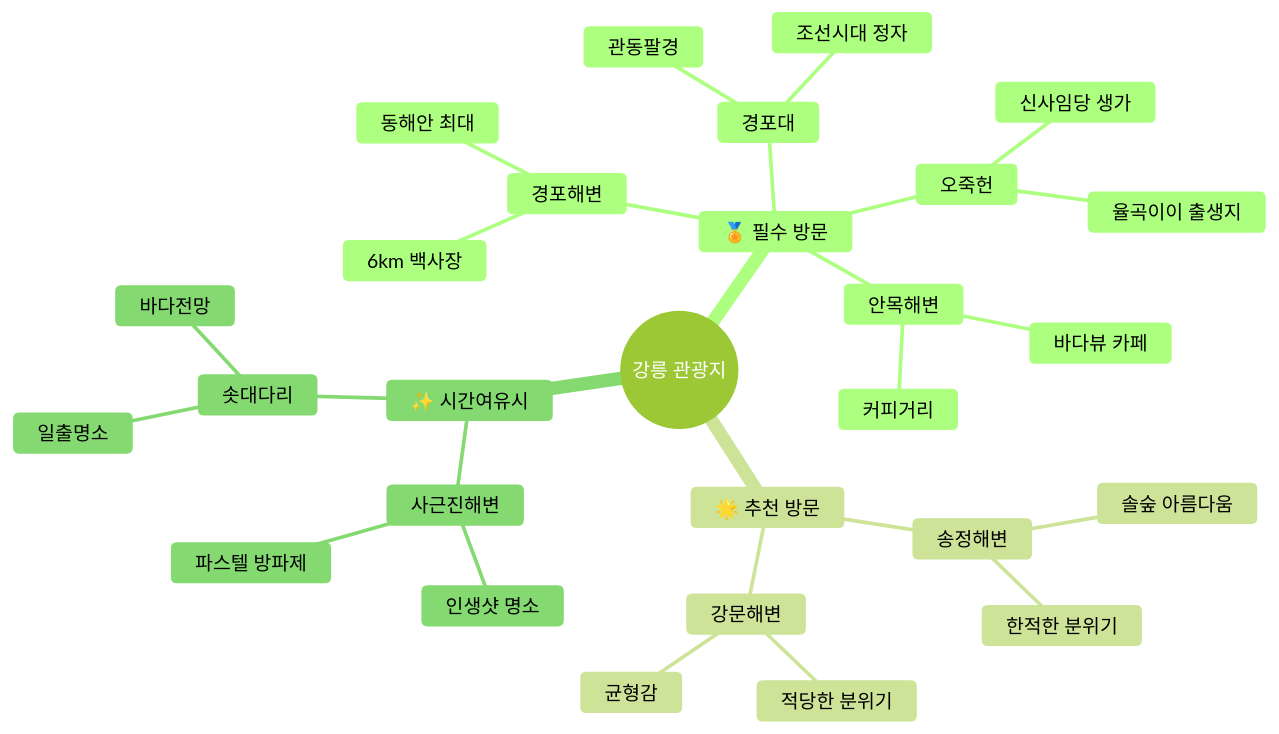
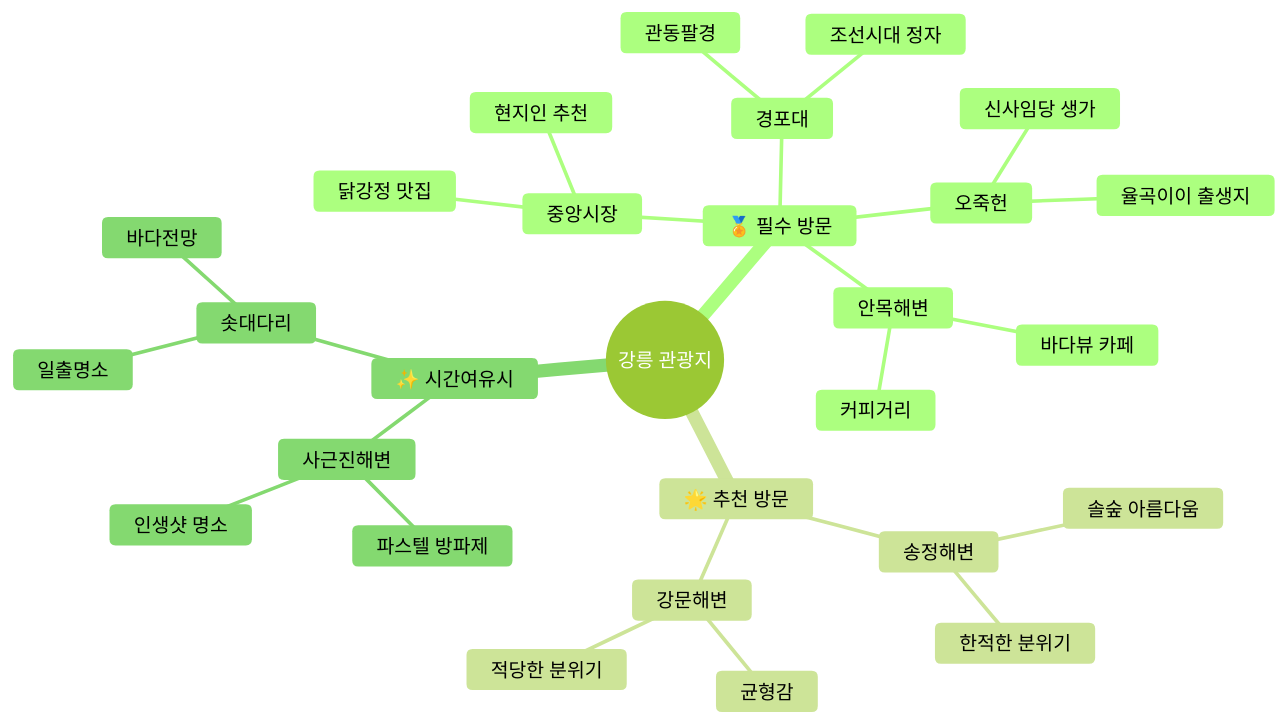
The sixth of 6 diagrams in travel-course-mermaid.md (didghwns0514/matjib_search), drawn with Mermaid (forest theme) before and after one commit. The commit also changed other lines of this file and 1 other file, not shown here.

````diff
--- a/travel-course-mermaid.md
+++ b/travel-course-mermaid.md
@@ -165,31 +162,31 @@
 ```mermaid
 mindmap
     root((강릉 관광지))
         🏅 필수 방문
-            경포해변
-                6km 백사장
-                동해안 최대
+            중앙시장
+                닭강정 맛집
+                현지인 추천
             경포대
                 관동팔경
                 조선시대 정자
             오죽헌
                 신사임당 생가
                 율곡이이 출생지
             안목해변
                 커피거리
                 바다뷰 카페
         🌟 추천 방문
             송정해변
                 솔숲 아름다움
                 한적한 분위기
             강문해변
                 적당한 분위기
                 균형감
         ✨ 시간여유시
             사근진해변
                 파스텔 방파제
                 인생샷 명소
             솟대다리
                 일출명소
                 바다전망
 ```
````
